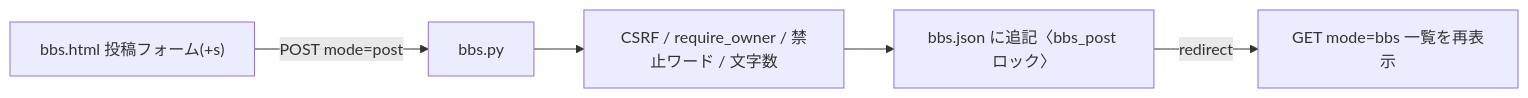
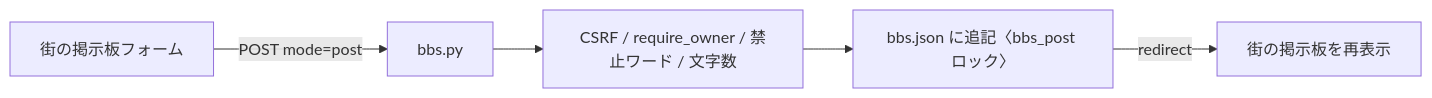
One commit to nezirin777/FFA changed the sixth of 6 diagrams in 開発フロー.md. Above: the diagram before and after it, drawn with Mermaid. The commit also changed other lines of this file and 26 other files, not shown here.

````diff
--- a/開発フロー.md
+++ b/開発フロー.md
@@ -166,7 +165,7 @@
 ```mermaid
 flowchart LR
-  A["bbs.html 投稿フォーム(+s)"] -->|POST mode=post| B["bbs.py"]
+  A["街の掲示板フォーム"] -->|POST mode=post| B["bbs.py"]
   B --> C["CSRF / require_owner / 禁止ワード / 文字数"]
   C --> D["bbs.json に追記〈bbs_post ロック〉"]
-  D -->|redirect| E["GET mode=bbs 一覧を再表示"]
+  D -->|redirect| E["街の掲示板を再表示"]
 ```
````
